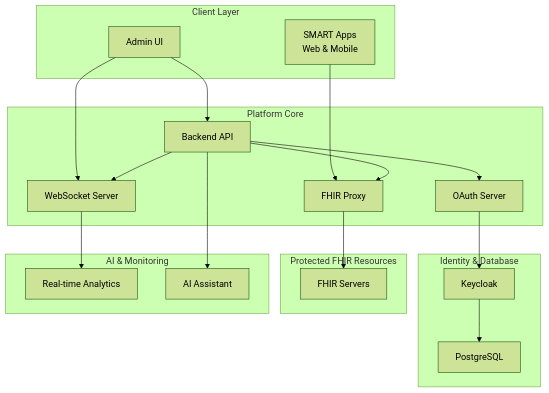
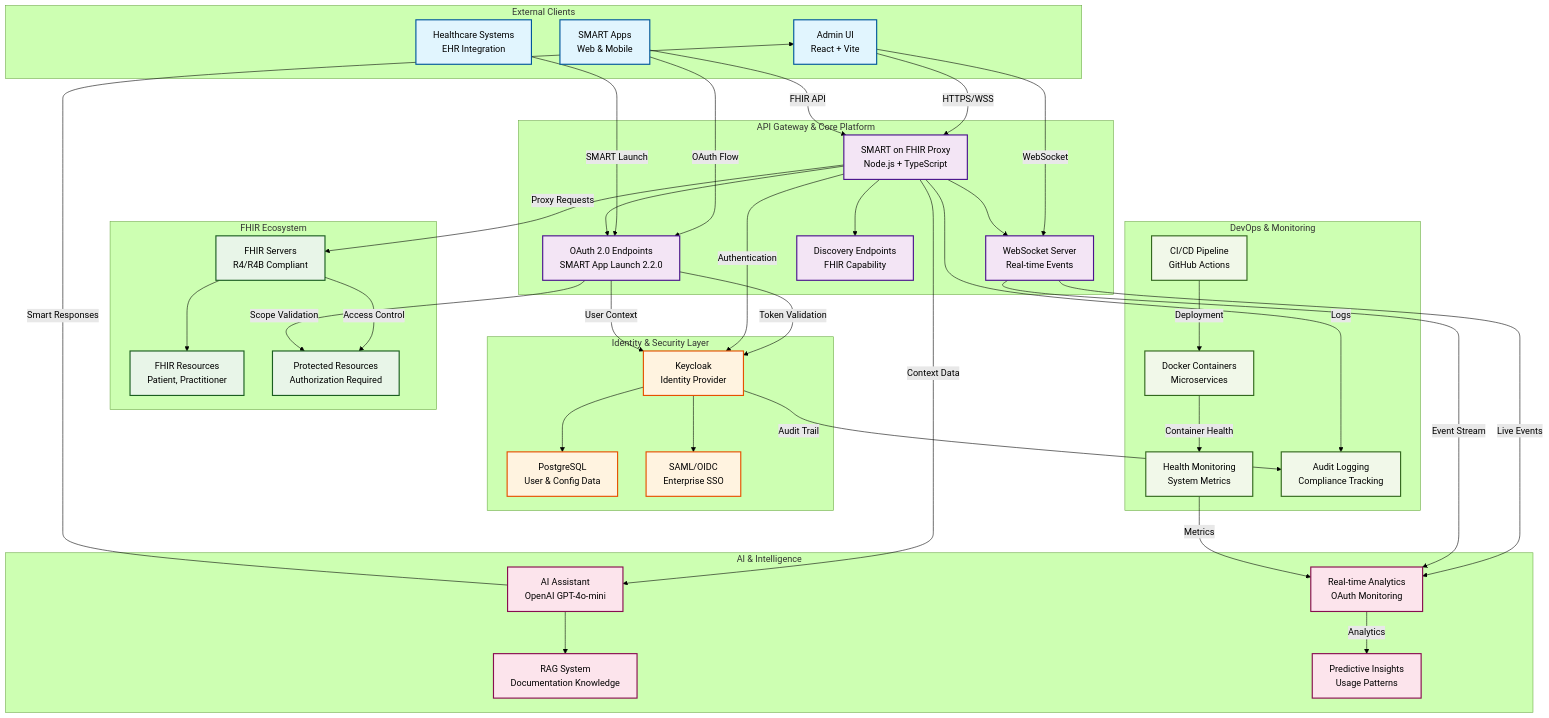
One commit to quotentiroler/smart-on-fhir-proxy changed the diagram in README.md. Above: the diagram before and after it, drawn with Mermaid (forest theme). The commit also changed 1 other file, not shown here.

````diff
--- a/README.md
+++ b/README.md
@@ -29,49 +29,96 @@
 ```mermaid
 graph TB
-    subgraph "Client Layer"
-        A[Admin UI]
-        B[SMART Apps<br/>Web & Mobile]
+    subgraph "External Clients"
+        A["Admin UI<br/>React + Vite"]
+        B["SMART Apps<br/>Web & Mobile"]
+        C["Healthcare Systems<br/>EHR Integration"]
     end
   
-    subgraph "Platform Core"
-        D[Backend API]
-        E[OAuth Server]
-        F[FHIR Proxy]
-        G[WebSocket Server]
+    subgraph "API Gateway & Core Platform"
+        D["SMART on FHIR Proxy<br/>Node.js + TypeScript"]
+        E["OAuth 2.0 Endpoints<br/>SMART App Launch 2.2.0"]
+        F["WebSocket Server<br/>Real-time Events"]
+        G["Discovery Endpoints<br/>FHIR Capability"]
     end
   
-    subgraph "Identity & Database"
-        H[Keycloak]
-        J[PostgreSQL]
+    subgraph "Identity & Security Layer"
+        H["Keycloak<br/>Identity Provider"]
+        I["PostgreSQL<br/>User & Config Data"]
+        J["SAML/OIDC<br/>Enterprise SSO"]
     end
   
-    subgraph "Protected FHIR Resources"
-        I[FHIR Servers]
+    subgraph "FHIR Ecosystem"
+        K["FHIR Servers<br/>R4/R4B Compliant"]
+        L["FHIR Resources<br/>Patient, Practitioner"]
+        M["Protected Resources<br/>Authorization Required"]
     end
   
-    subgraph "AI & Monitoring"
-        K[Real-time Analytics]
-        L[AI Assistant]
+    subgraph "AI & Intelligence"
+        N["AI Assistant<br/>OpenAI GPT-4o-mini"]
+        O["Real-time Analytics<br/>OAuth Monitoring"]
+        P["RAG System<br/>Documentation Knowledge"]
+        Q["Predictive Insights<br/>Usage Patterns"]
     end
   
-    %% Client connections
-    A --> D
-    A --> G
-    B --> F
+    subgraph "DevOps & Monitoring"
+        R["Docker Containers<br/>Microservices"]
+        S["CI/CD Pipeline<br/>GitHub Actions"]
+        T["Health Monitoring<br/>System Metrics"]
+        U["Audit Logging<br/>Compliance Tracking"]
+    end
   
-    %% Platform Core connections
+    %% Client Layer Connections
+    A -->|HTTPS/WSS| D
+    A -->|WebSocket| F
+    B -->|OAuth Flow| E
+    B -->|FHIR API| D
+    C -->|SMART Launch| E
+  
+    %% Platform Core Connections
     D --> E
     D --> F
     D --> G
+    E -->|Token Validation| H
+    F -->|Live Events| O
   
-    %% Identity & Authentication connections
-    E --> H
+    %% Identity & Security
+    D -->|Authentication| H
+    H --> I
     H --> J
+    E -->|User Context| H
   
-    %% Protected FHIR Resources connections
-    F --> I
+    %% FHIR Ecosystem
+    D -->|Proxy Requests| K
+    K --> L
+    K -->|Access Control| M
+    E -->|Scope Validation| M
   
-    %% AI & Monitoring connections
-    G --> K
-    D --> L
+    %% AI & Intelligence
+    D -->|Context Data| N
+    F -->|Event Stream| O
+    N --> P
+    O -->|Analytics| Q
+    N -->|Smart Responses| A
+  
+    %% DevOps & Operations
+    D -->|Logs| U
+    H -->|Audit Trail| U
+    R -->|Container Health| T
+    S -->|Deployment| R
+    T -->|Metrics| O
+  
+    %% Styling
+    classDef client fill:#e1f5fe,stroke:#01579b,stroke-width:2px
+    classDef platform fill:#f3e5f5,stroke:#4a148c,stroke-width:2px
+    classDef security fill:#fff3e0,stroke:#e65100,stroke-width:2px
+    classDef fhir fill:#e8f5e8,stroke:#1b5e20,stroke-width:2px
+    classDef ai fill:#fce4ec,stroke:#880e4f,stroke-width:2px
+    classDef devops fill:#f1f8e9,stroke:#33691e,stroke-width:2px
+  
+    class A,B,C client
+    class D,E,F,G platform
+    class H,I,J security
+    class K,L,M fhir
+    class N,O,P,Q ai
+    class R,S,T,U devops
 ```
````
